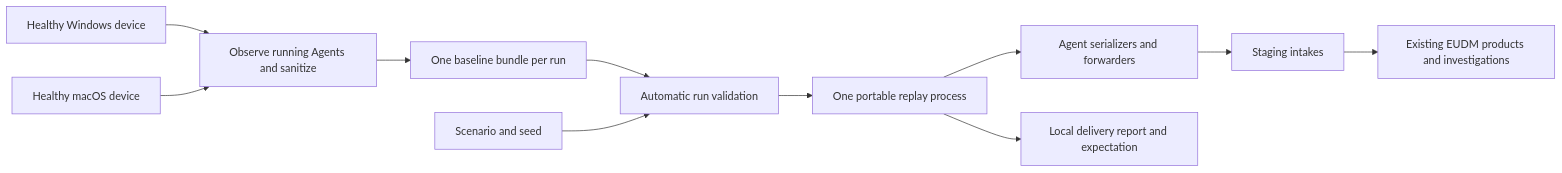
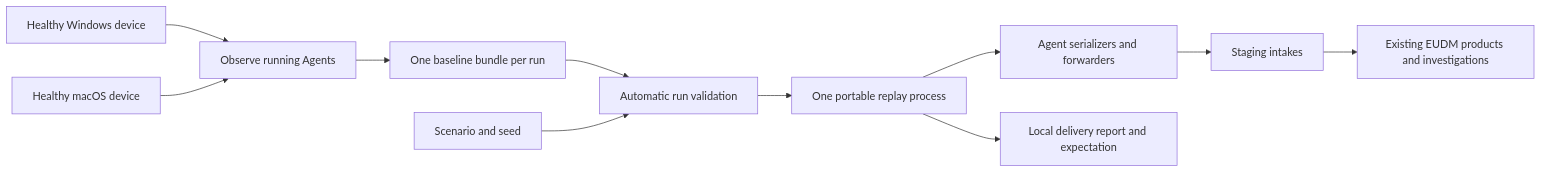
The diagram in doc/reference/eudm-simulator/index.md (DataDog/datadog-agent), drawn with Mermaid before and after one commit. The commit also changed other lines of this file and 140 other files, not shown here.

````diff
--- a/doc/reference/eudm-simulator/index.md
+++ b/doc/reference/eudm-simulator/index.md
@@ -32,13 +32,13 @@
 ```mermaid
 flowchart LR
-    W[Healthy Windows device] --> C[Observe running Agents and sanitize]
+    W[Healthy Windows device] --> C[Observe running Agents]
     M[Healthy macOS device] --> C
     C --> B[One baseline bundle per run]
     B --> V[Automatic run validation]
     S[Scenario and seed] --> V
     V --> R[One portable replay process]
     R --> A[Agent serializers and forwarders]
     A --> I[Staging intakes]
     I --> P[Existing EUDM products and investigations]
     R --> L[Local delivery report and expectation]
 ```
````
